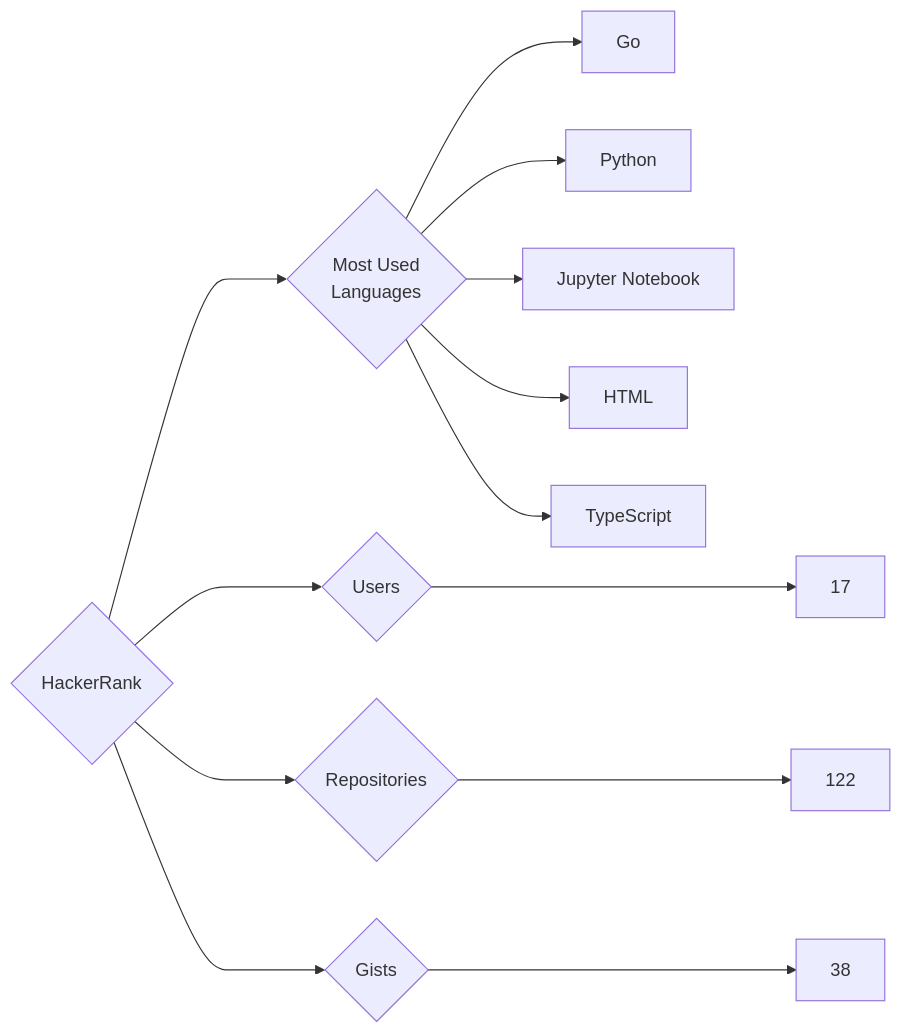
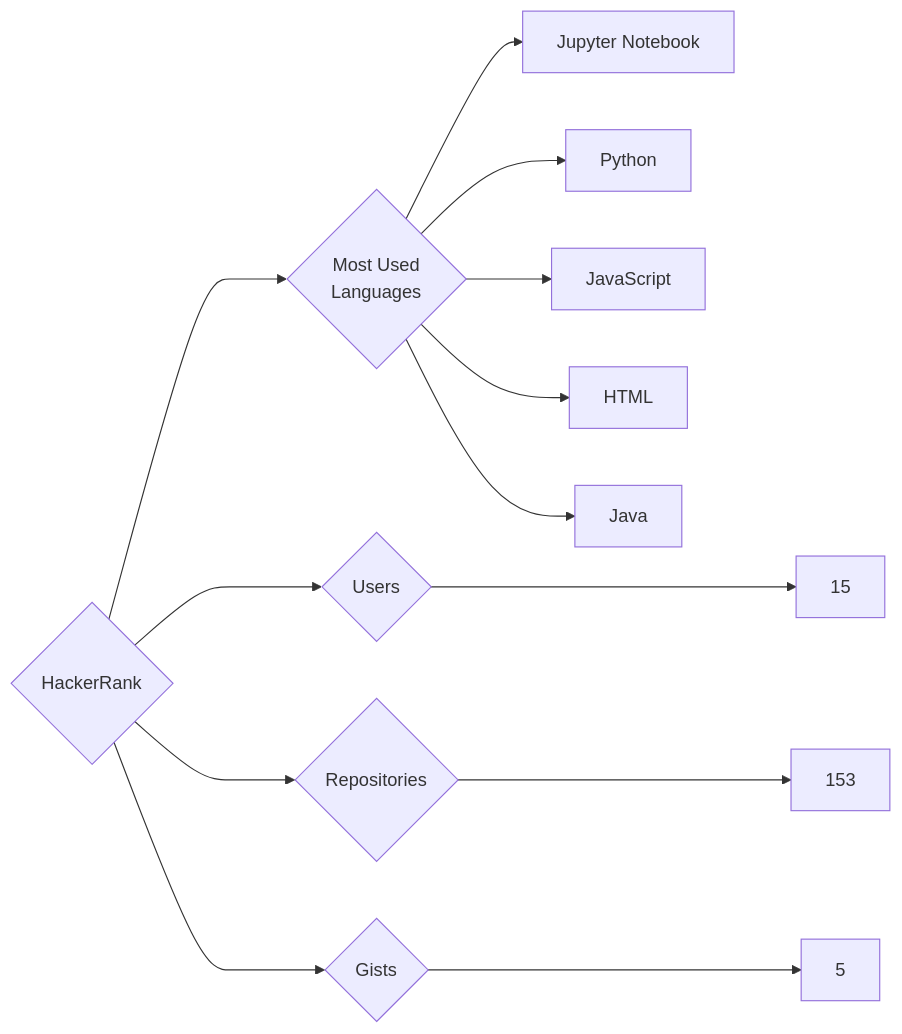
The diagram in targets/HackerRank/README.md (trickest/insiders), drawn with Mermaid before and after one commit. The commit also changed 1123 other files, not shown here.

````diff
--- a/targets/HackerRank/README.md
+++ b/targets/HackerRank/README.md
@@ -3,13 +3,13 @@
 ```mermaid
 graph LR
 COMPANY_NAME{HackerRank}
-COMPANY_NAME ---> U{Users} ---> UN[17]
-COMPANY_NAME ---> R{Repositories} ---> RN[122]
-COMPANY_NAME ---> G{Gists} ---> GN[38]
+COMPANY_NAME ---> U{Users} ---> UN[15]
+COMPANY_NAME ---> R{Repositories} ---> RN[153]
+COMPANY_NAME ---> G{Gists} ---> GN[5]
 COMPANY_NAME ---> ML{Most Used<br>Languages}
-ML --> Go[Go]
+ML --> Jupyter_Notebook[Jupyter Notebook]
 ML --> Python[Python]
-ML --> Jupyter_Notebook[Jupyter Notebook]
+ML --> JavaScript[JavaScript]
 ML --> HTML[HTML]
-ML --> TypeScript[TypeScript]
+ML --> Java[Java]
 ```
````
